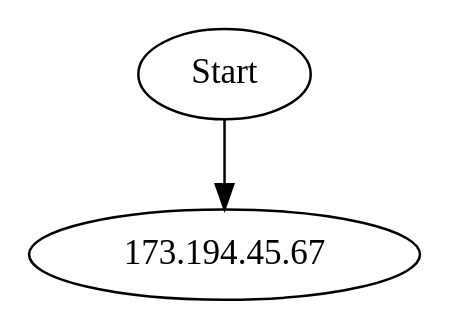
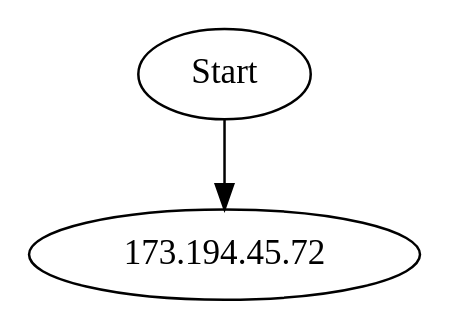
The diagram in usr/bin/monFichier.dot (Sloubidou/TP1), drawn with Graphviz before and after one commit. The commit also changed 5 other files, not shown here.

```diff
--- a/usr/bin/monFichier.dot
+++ b/usr/bin/monFichier.dot
@@ -1,3 +1,3 @@
 digraph G {
-"Start" -> "173.194.45.67"; 
+"Start" -> "173.194.45.72"; 
 }
```
